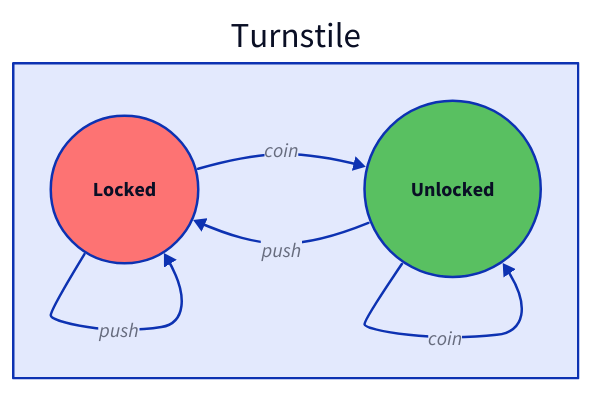
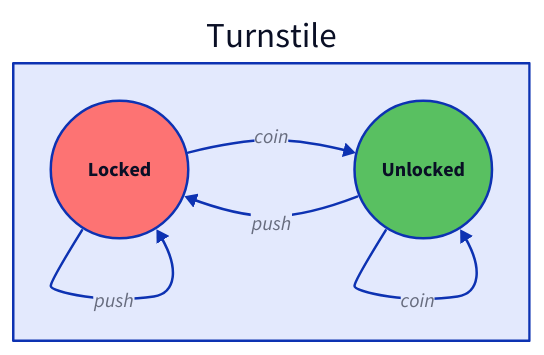
The diagram in assets/turnstile.d2 (pleshevskiy/it-fsm), drawn with D2 before and after one commit. The commit also changed 6 other files, not shown here.

Commit message:
examples: regenerate diagrams using latest version of d2

```diff
--- a/assets/turnstile.d2
+++ b/assets/turnstile.d2
@@ -1,18 +1,26 @@
+# port: 43334
+# layout: elk
+# theme: 101
+# pad: 0
+# sketch: true
+
 direction: right
 
 Turnstile: {
   l: Locked {
     shape: circle
     style.fill: "#fd7373"
+    width: 110
   }
   u: Unlocked {
     shape: circle
     style.fill: "#59c061"
+    width: 110
   }
-  
+
   l -> l: push
   u -> l: push
 
   l -> u: coin
   u -> u: coin
 }
```
